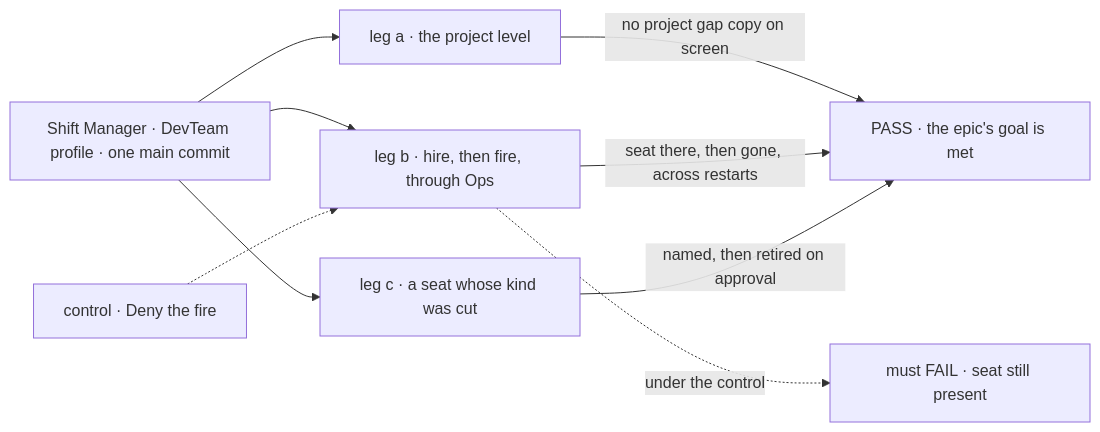
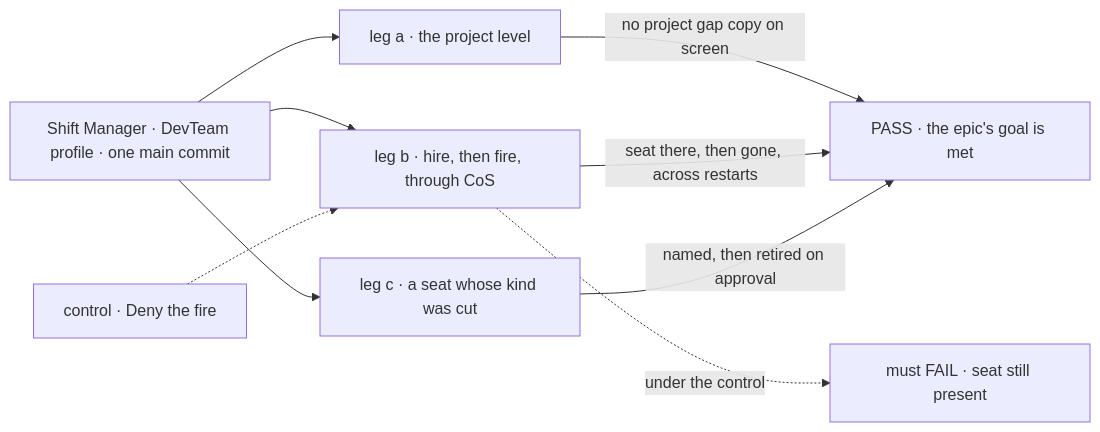
One commit to fixpoint-labs/flow-state-dev changed the first of 2 diagrams in specs/epics/FIX-1650/SPEC.md. Above: the diagram before and after it, drawn with Mermaid. The commit also changed other lines of this file and 11 other files, not shown here.

````diff
--- a/specs/epics/FIX-1650/SPEC.md
+++ b/specs/epics/FIX-1650/SPEC.md
@@ -35,11 +35,11 @@
 ```mermaid
 flowchart LR
   A["Shift Manager · DevTeam profile · one main commit"] --> L1["leg a · the project level"]
-  A --> L2["leg b · hire, then fire, through Ops"]
+  A --> L2["leg b · hire, then fire, through CoS"]
   A --> L3["leg c · a seat whose kind was cut"]
   L1 -->|"no project gap copy on screen"| P["PASS · the epic's goal is met"]
   L2 -->|"seat there, then gone, across restarts"| P
   L3 -->|"named, then retired on approval"| P
   C["control · Deny the fire"] -.-> L2
   L2 -.->|"under the control"| F["must FAIL · seat still present"]
 ```
````
